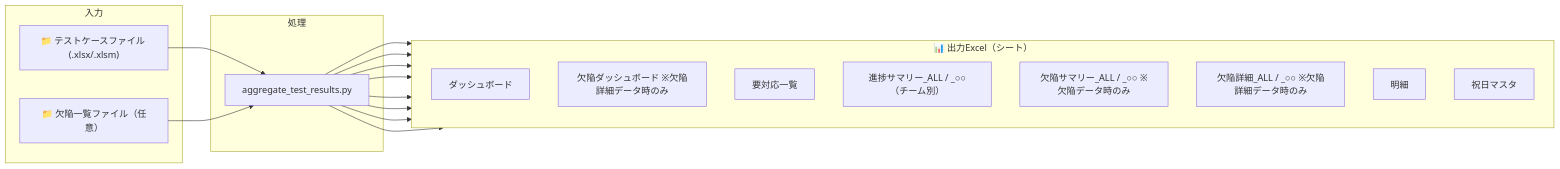
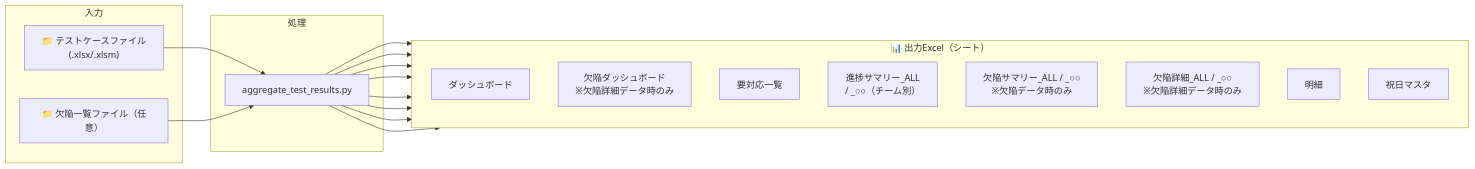
Before and after one commit to makio-dev/test-progress-collector: the third of 4 diagrams in docs/マニュアル.md, drawn with Mermaid. The commit also changed other lines of this file and 2 other files, not shown here.

Commit message:
ドキュメント修正: Mermaidの改行を <br/> に変更
\n の代わりに <br/> を使用してMermaidノード内の改行を正しく表示。

````diff
--- a/docs/マニュアル.md
+++ b/docs/マニュアル.md
@@ -436,34 +436,34 @@
 ```mermaid
 flowchart LR
     subgraph 入力
-        TC["📁 テストケースファイル (.xlsx/.xlsm)"]
+        TC["📁 テストケースファイル<br/>(.xlsx/.xlsm)"]
         DF["📁 欠陥一覧ファイル（任意）"]
     end
 
     subgraph 処理
         AGG["aggregate_test_results.py"]
     end
 
     subgraph 出力["📊 出力Excel（シート）"]
         direction TB
         SH1["ダッシュボード"]
-        SH2["欠陥ダッシュボード ※欠陥詳細データ時のみ"]
+        SH2["欠陥ダッシュボード<br/>※欠陥詳細データ時のみ"]
         SH3["要対応一覧"]
-        SH4["進捗サマリー_ALL / _○○（チーム別）"]
-        SH5["欠陥サマリー_ALL / _○○ ※欠陥データ時のみ"]
-        SH6["欠陥詳細_ALL / _○○ ※欠陥詳細データ時のみ"]
+        SH4["進捗サマリー_ALL<br/>/ _○○（チーム別）"]
+        SH5["欠陥サマリー_ALL / _○○<br/>※欠陥データ時のみ"]
+        SH6["欠陥詳細_ALL / _○○<br/>※欠陥詳細データ時のみ"]
         SH7["明細"]
         SH8["祝日マスタ"]
     end
 
     TC --> AGG
     DF --> AGG
     AGG --> SH1
     AGG --> SH2
     AGG --> SH3
     AGG --> SH4
     AGG --> SH5
     AGG --> SH6
     AGG --> SH7
     AGG --> SH8
 ```
````
